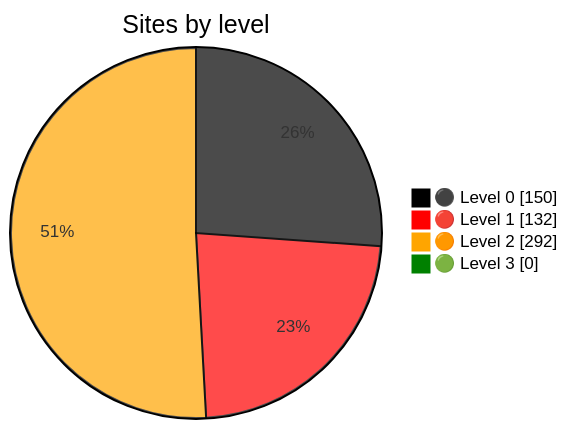
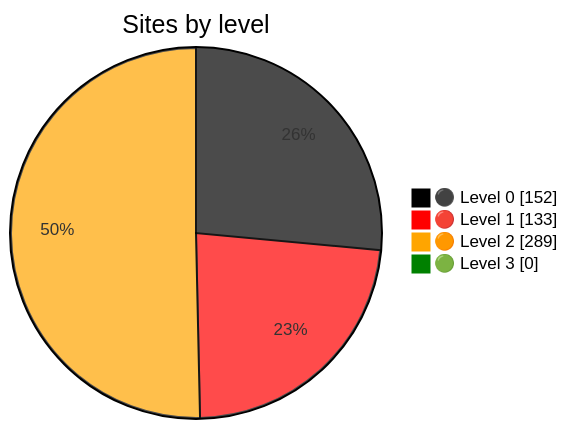
Before and after one commit to nuuuwan/gov_lk_web_auditor: the diagram in README.md, drawn with Mermaid. The commit also changed other lines of this file and 2578 other files, not shown here.

````diff
--- a/README.md
+++ b/README.md
@@ -24,9 +24,9 @@
 ```mermaid
 %%{init: {"themeVariables":{"pie1":"black","pie2":"red","pie3":"orange","pie4":"green"}}}%%
 pie showData
     title Sites by level
-    "⚫ Level 0" : 150
-    "🔴 Level 1" : 132
-    "🟠 Level 2" : 292
+    "⚫ Level 0" : 152
+    "🔴 Level 1" : 133
+    "🟠 Level 2" : 289
     "🟢 Level 3" : 0
 ```
````
